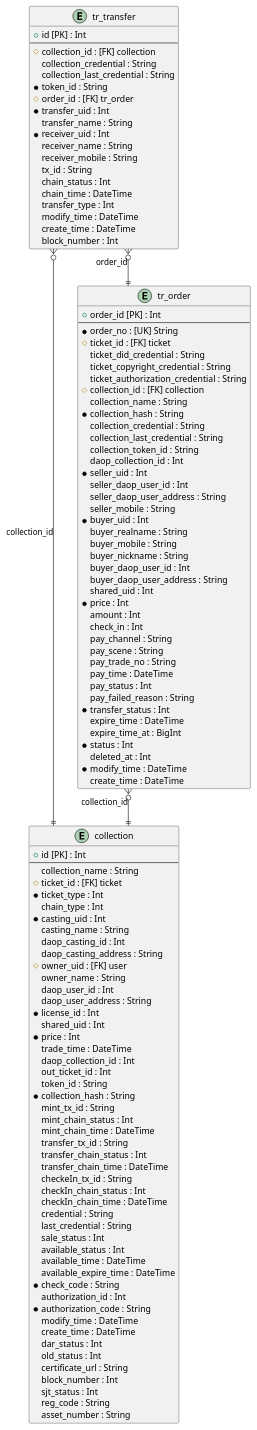
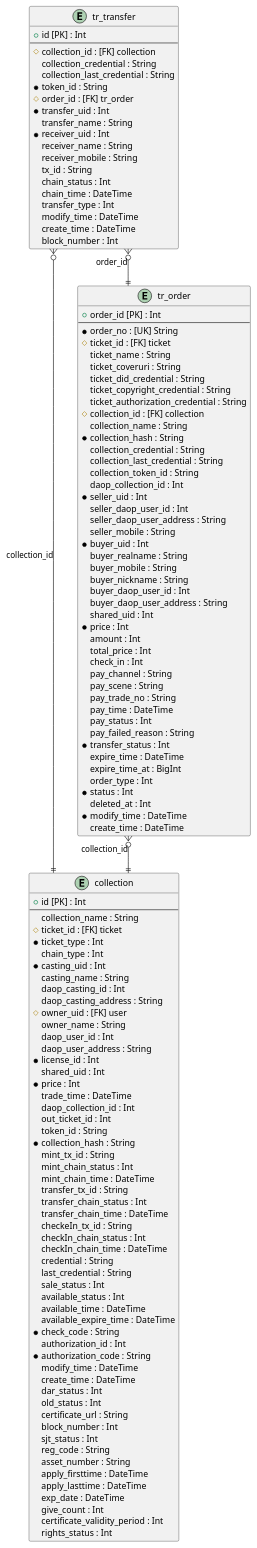
Before and after one commit to yuyongpeng/admin-server: diagram 25 of 37 in src/doc/ER-D.puml, drawn with PlantUML. The commit also changed other lines of this file and 27 other files, not shown here.

```diff
--- a/src/doc/ER-D.puml
+++ b/src/doc/ER-D.puml
@@ -1884,127 +1952,137 @@
 @startuml tr_transfer
 skinparam linetype ortho
 entity "collection" as collection {
 + id [PK] : Int 
 --
   collection_name : String
   # ticket_id : [FK] ticket
   * ticket_type : Int
   chain_type : Int
   * casting_uid : Int
   casting_name : String
   daop_casting_id : Int
   daop_casting_address : String
   # owner_uid : [FK] user
   owner_name : String
   daop_user_id : Int
   daop_user_address : String
   * license_id : Int
   shared_uid : Int
   * price : Int
   trade_time : DateTime
   daop_collection_id : Int
   out_ticket_id : Int
   token_id : String
   * collection_hash : String
   mint_tx_id : String
   mint_chain_status : Int
   mint_chain_time : DateTime
   transfer_tx_id : String
   transfer_chain_status : Int
   transfer_chain_time : DateTime
   checkeIn_tx_id : String
   checkIn_chain_status : Int
   checkIn_chain_time : DateTime
   credential : String
   last_credential : String
   sale_status : Int
   available_status : Int
   available_time : DateTime
   available_expire_time : DateTime
   * check_code : String
   authorization_id : Int
   * authorization_code : String
   modify_time : DateTime
   create_time : DateTime
   dar_status : Int
   old_status : Int
   certificate_url : String
   block_number : Int
   sjt_status : Int
   reg_code : String
   asset_number : String
+  apply_firsttime : DateTime
+  apply_lasttime : DateTime
+  exp_date : DateTime
+  give_count : Int
+  certificate_validity_period : Int
+  rights_status : Int
 }
 
 entity "tr_order" as tr_order {
 + order_id [PK] : Int 
 --
   * order_no : [UK] String
   # ticket_id : [FK] ticket
+  ticket_name : String
+  ticket_coveruri : String
   ticket_did_credential : String
   ticket_copyright_credential : String
   ticket_authorization_credential : String
   # collection_id : [FK] collection
   collection_name : String
   * collection_hash : String
   collection_credential : String
   collection_last_credential : String
   collection_token_id : String
   daop_collection_id : Int
   * seller_uid : Int
   seller_daop_user_id : Int
   seller_daop_user_address : String
   seller_mobile : String
   * buyer_uid : Int
   buyer_realname : String
   buyer_mobile : String
   buyer_nickname : String
   buyer_daop_user_id : Int
   buyer_daop_user_address : String
   shared_uid : Int
   * price : Int
   amount : Int
+  total_price : Int
   check_in : Int
   pay_channel : String
   pay_scene : String
   pay_trade_no : String
   pay_time : DateTime
   pay_status : Int
   pay_failed_reason : String
   * transfer_status : Int
   expire_time : DateTime
   expire_time_at : BigInt
+  order_type : Int
   * status : Int
   deleted_at : Int
   * modify_time : DateTime
   create_time : DateTime
 }
 
 entity "tr_transfer" as tr_transfer {
 + id [PK] : Int 
 --
   # collection_id : [FK] collection
   collection_credential : String
   collection_last_credential : String
   * token_id : String
   # order_id : [FK] tr_order
   * transfer_uid : Int
   transfer_name : String
   * receiver_uid : Int
   receiver_name : String
   receiver_mobile : String
   tx_id : String
   chain_status : Int
   chain_time : DateTime
   transfer_type : Int
   modify_time : DateTime
   create_time : DateTime
   block_number : Int
 }
 
 ' Relations
 tr_order }o--|| collection: collection_id
 tr_transfer }o--|| collection: collection_id
 tr_transfer }o--|| tr_order: order_id
 ' ManyToMany Relations
 ' enum relations
 @enduml
```
